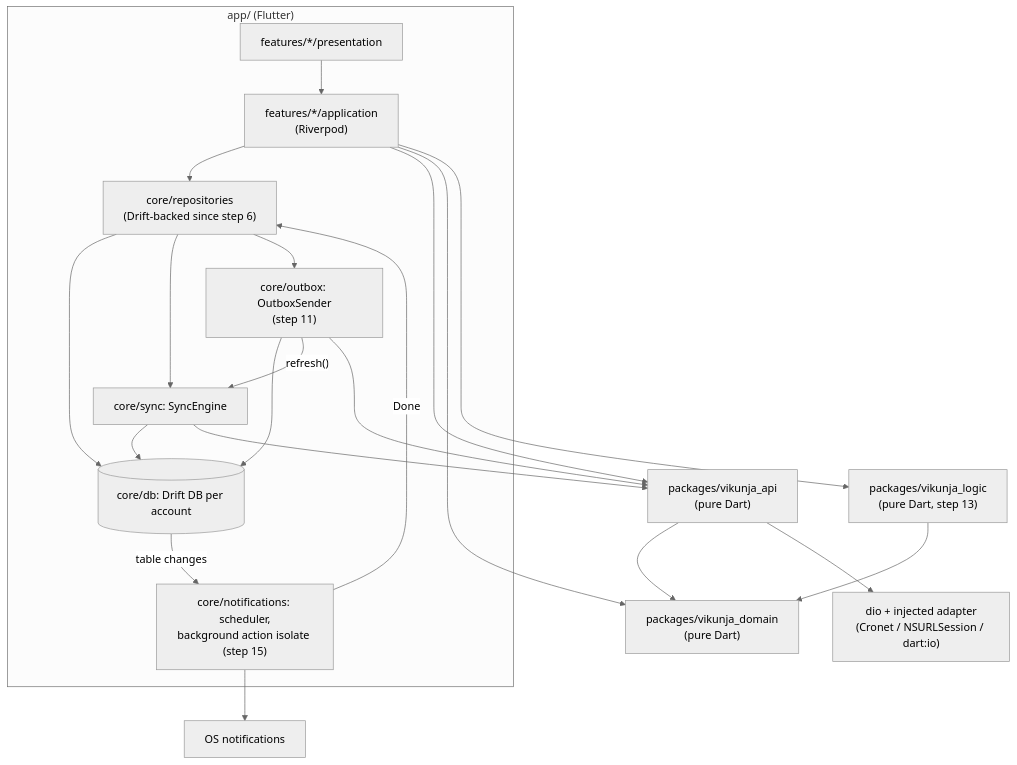
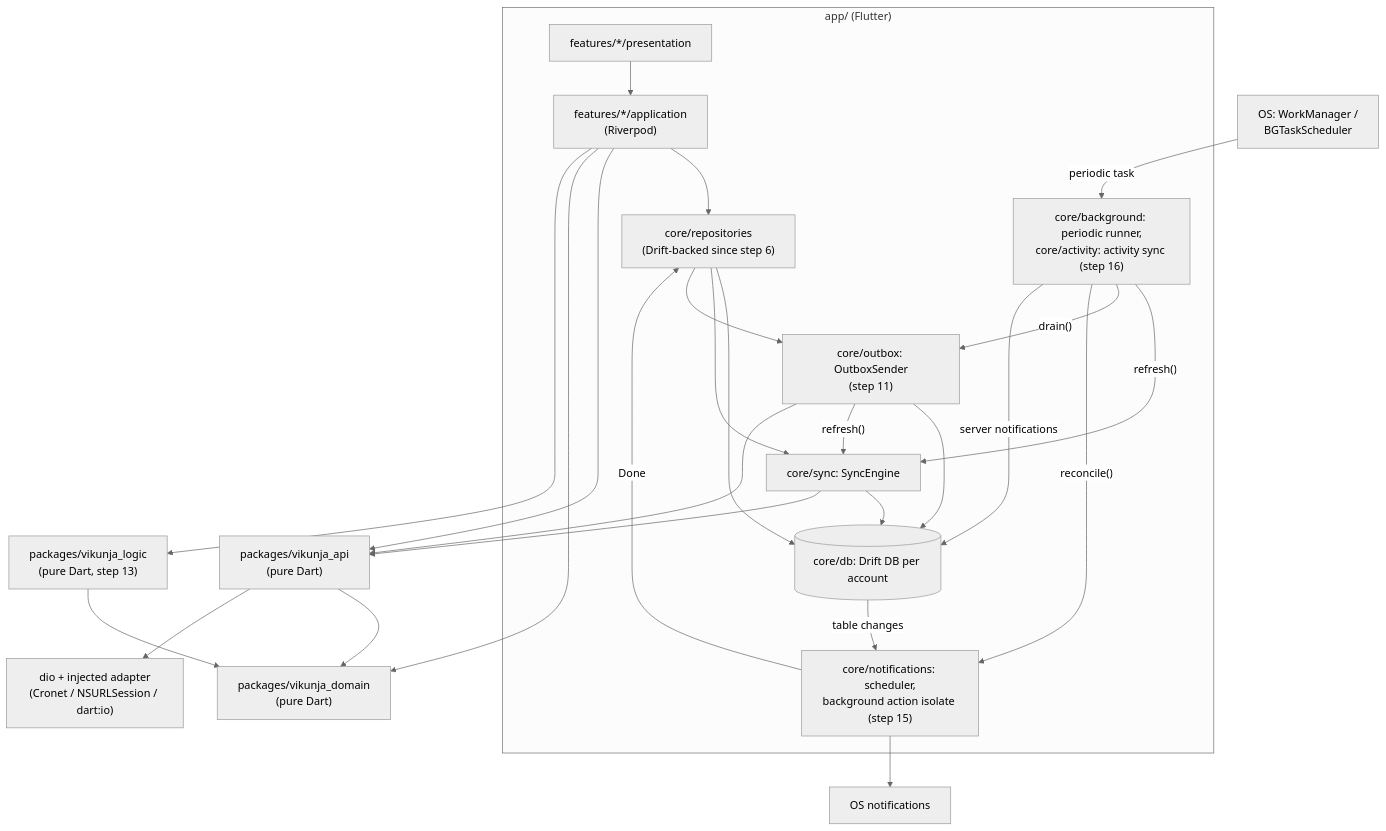
The first of 11 diagrams in docs/architecture.md (coderoftime/vikunja-app-ci-test), drawn with Mermaid (neutral theme) before and after one commit. The commit also changed other lines of this file and 141 other files, not shown here.

First line of the commit message:
feat: background sync, activity notifications and the inbox

````diff
--- a/docs/architecture.md
+++ b/docs/architecture.md
@@ -47,24 +47,29 @@
 ```mermaid
 flowchart TD
   subgraph APP["app/ (Flutter)"]
     PRES["features/*/presentation"] --> APPL["features/*/application<br/>(Riverpod)"]
     APPL --> REPO["core/repositories<br/>(Drift-backed since step 6)"]
     REPO --> DB[("core/db: Drift DB per account")]
     REPO --> SYNC["core/sync: SyncEngine"]
     SYNC --> DB
     REPO --> OUTBOX["core/outbox: OutboxSender<br/>(step 11)"]
     OUTBOX --> DB
     OUTBOX -- "refresh()" --> SYNC
     DB -- "table changes" --> NOTIF["core/notifications: scheduler,<br/>background action isolate (step 15)"]
     NOTIF -- "Done" --> REPO
+    BG["core/background: periodic runner,<br/>core/activity: activity sync (step 16)"] -- "refresh()" --> SYNC
+    BG -- "drain()" --> OUTBOX
+    BG -- "reconcile()" --> NOTIF
+    BG -- "server notifications" --> DB
   end
+  OSBG["OS: WorkManager /<br/>BGTaskScheduler"] -- "periodic task" --> BG
   NOTIF --> OS["OS notifications"]
   APPL --> API
   SYNC --> API
   OUTBOX --> API
   API["packages/vikunja_api<br/>(pure Dart)"] --> DOM["packages/vikunja_domain<br/>(pure Dart)"]
   APPL --> DOM
   LOGIC["packages/vikunja_logic<br/>(pure Dart, step 13)"] --> DOM
   APPL --> LOGIC
   API --> DIO["dio + injected adapter<br/>(Cronet / NSURLSession / dart:io)"]
 ```
````
